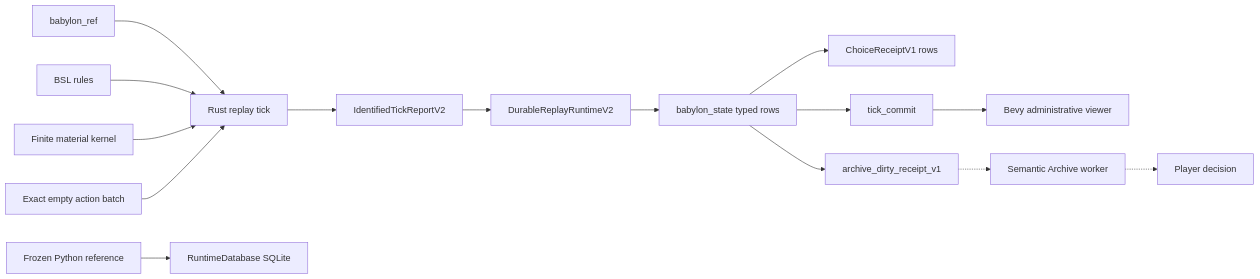
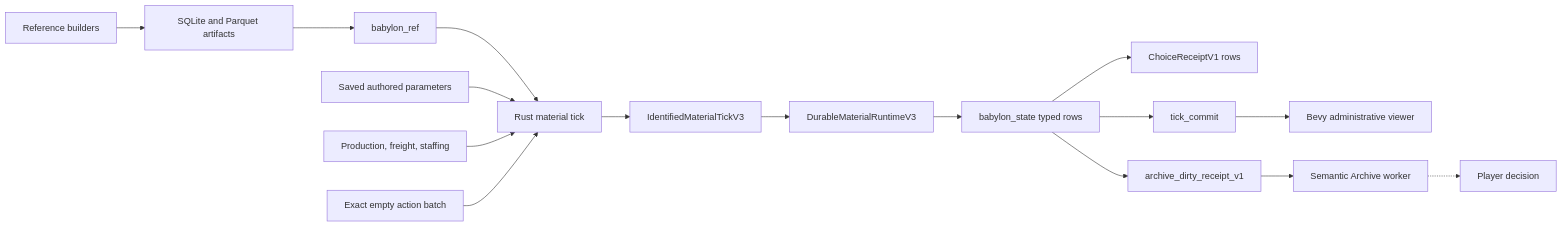
The diagram in docs/concepts/architecture.rst (bogdanscarwash/babylon), drawn with Mermaid before and after one commit. The commit also changed other lines of this file and 2287 other files, not shown here.

```diff
--- a/docs/concepts/architecture.rst
+++ b/docs/concepts/architecture.rst
@@ -214,17 +234,18 @@
 .. mermaid::
 
    flowchart LR
-       REF["babylon_ref"] --> TICK["Rust replay tick"]
-       BSL["BSL rules"] --> TICK
-       KERNEL["Finite material kernel"] --> TICK
+       REF["babylon_ref"] --> TICK["Rust material tick"]
+       DEFINES["Saved authored parameters"] --> TICK
+       MATERIAL["Production, freight, staffing"] --> TICK
        EMPTY["Exact empty action batch"] --> TICK
-       TICK --> IDENTIFIED["IdentifiedTickReportV2"]
-       IDENTIFIED --> RUNTIME["DurableReplayRuntimeV2"]
+       TICK --> IDENTIFIED["IdentifiedMaterialTickV3"]
+       IDENTIFIED --> RUNTIME["DurableMaterialRuntimeV3"]
        RUNTIME --> STATE["babylon_state typed rows"]
        STATE --> RECEIPT["ChoiceReceiptV1 rows"]
        STATE --> MARKER["tick_commit"]
        STATE --> DIRTY["archive_dirty_receipt_v1"]
        MARKER --> VIEW["Bevy administrative viewer"]
-       PY["Frozen Python reference"] --> SQLITE["RuntimeDatabase SQLite"]
-       DIRTY -.-> ARCHIVE["Semantic Archive worker"]
+       PY["Reference builders"] --> DATA["SQLite and Parquet artifacts"]
+       DATA --> REF
+       DIRTY --> ARCHIVE["Semantic Archive worker"]
        ARCHIVE -.-> CHOICE["Player decision"]
```
